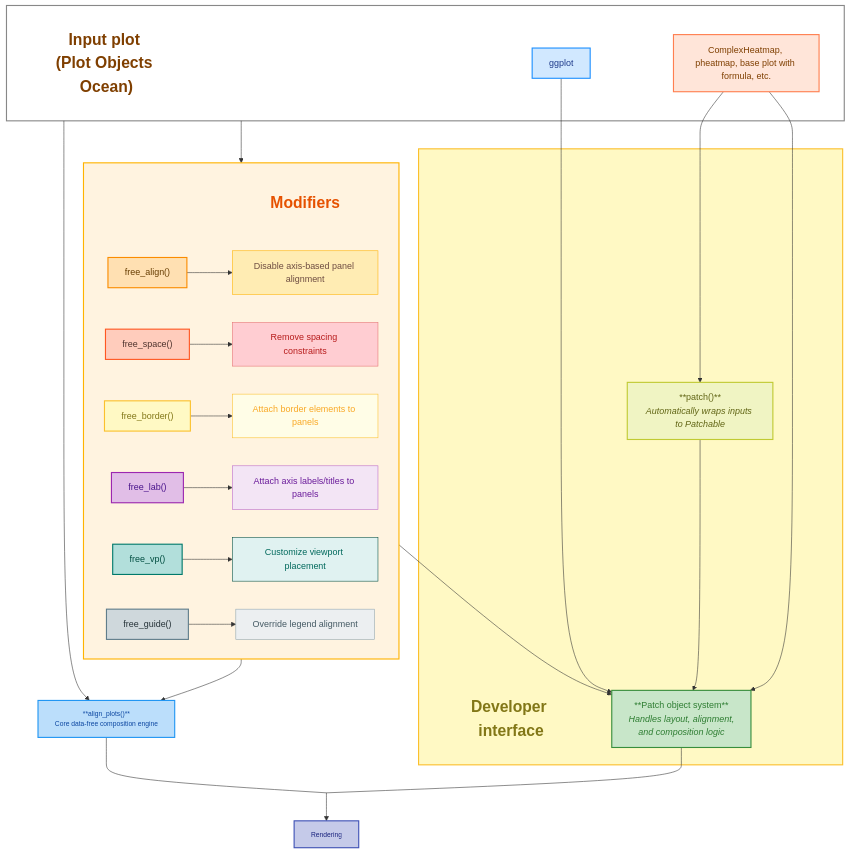
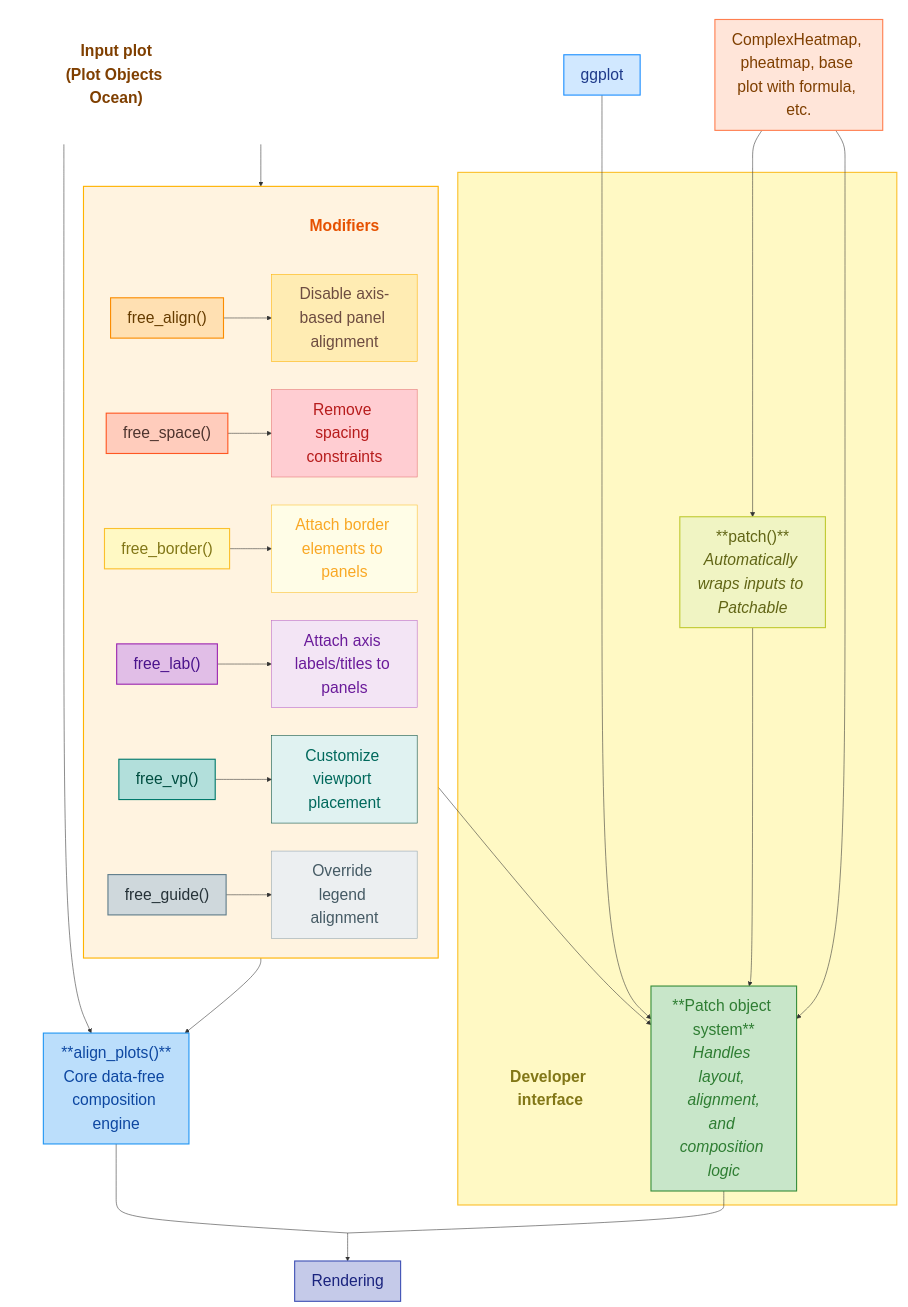
Before and after one commit to Yunuuuu/ggalign-book: the first of 2 diagrams in introduction.qmd, drawn with Mermaid.

Commit message:
larger text size

````diff
--- a/introduction.qmd
+++ b/introduction.qmd
@@ -81,7 +81,7 @@
 flowchart TD
     %% Input Objects subgraph with title node
     subgraph InputObjects[" "]
-        InputTitle["Input plot (Plot Objects Ocean)"]
+        InputTitle["Input plot<br>(Plot Objects Ocean)"]
         style InputTitle fill:none,stroke:none,color:#7F3F00,font-weight:bold,font-size:28px
         G["ggplot"]
         H["ComplexHeatmap, pheatmap, base plot with formula, etc."]
@@ -143,27 +143,27 @@
     classDef empty width:0px,height:0px
     class D empty
 
-    style G fill:#D1E8FF,stroke:#1E90FF,stroke-width:2px,color:#1E3A8A
-    style H fill:#FFE5D9,stroke:#FF7F50,stroke-width:2px,color:#7F3F00
-    style PatchFn fill:#F0F4C3,stroke:#C0CA33,stroke-width:2px,color:#616515
-    style Patch fill:#C8E6C9,stroke:#388E3C,stroke-width:2px,color:#2E7D32
-    style F1 fill:#FFE0B2,stroke:#FB8C00,stroke-width:2px,color:#663C00
-    style F1Desc fill:#FFECB3,stroke:#FFB300,stroke-width:1px,color:#6D4C41
-    style F2 fill:#FFCCBC,stroke:#FF5722,stroke-width:2px,color:#4E342E
-    style F2Desc fill:#FFCDD2,stroke:#E57373,stroke-width:1px,color:#B71C1C
-    style F3 fill:#FFF9C4,stroke:#FBC02D,stroke-width:2px,color:#827717
-    style F3Desc fill:#FFFDE7,stroke:#FBC02D,stroke-width:1px,color:#F9A825
-    style F4 fill:#E1BEE7,stroke:#9C27B0,stroke-width:2px,color:#4A148C
-    style F4Desc fill:#F3E5F5,stroke:#BA68C8,stroke-width:1px,color:#6A1B9A
-    style F5 fill:#B2DFDB,stroke:#00796B,stroke-width:2px,color:#004D40
-    style F5Desc fill:#E0F2F1,stroke:#004D40,stroke-width:1px,color:#00695C
-    style F6 fill:#CFD8DC,stroke:#607D8B,stroke-width:2px,color:#263238
-    style F6Desc fill:#ECEFF1,stroke:#90A4AE,stroke-width:1px,color:#455A64
+    style G fill:#D1E8FF,stroke:#1E90FF,stroke-width:2px,color:#1E3A8A,font-size:28px
+    style H fill:#FFE5D9,stroke:#FF7F50,stroke-width:2px,color:#7F3F00,font-size:28px
+    style PatchFn fill:#F0F4C3,stroke:#C0CA33,stroke-width:2px,color:#616515,font-size:28px
+    style Patch fill:#C8E6C9,stroke:#388E3C,stroke-width:2px,color:#2E7D32,font-size:28px
+    style F1 fill:#FFE0B2,stroke:#FB8C00,stroke-width:2px,color:#663C00,font-size:28px
+    style F1Desc fill:#FFECB3,stroke:#FFB300,stroke-width:1px,color:#6D4C41,font-size:28px
+    style F2 fill:#FFCCBC,stroke:#FF5722,stroke-width:2px,color:#4E342E,font-size:28px
+    style F2Desc fill:#FFCDD2,stroke:#E57373,stroke-width:1px,color:#B71C1C,font-size:28px
+    style F3 fill:#FFF9C4,stroke:#FBC02D,stroke-width:2px,color:#827717,font-size:28px
+    style F3Desc fill:#FFFDE7,stroke:#FBC02D,stroke-width:1px,color:#F9A825,font-size:28px
+    style F4 fill:#E1BEE7,stroke:#9C27B0,stroke-width:2px,color:#4A148C,font-size:28px
+    style F4Desc fill:#F3E5F5,stroke:#BA68C8,stroke-width:1px,color:#6A1B9A,font-size:28px
+    style F5 fill:#B2DFDB,stroke:#00796B,stroke-width:2px,color:#004D40,font-size:28px
+    style F5Desc fill:#E0F2F1,stroke:#004D40,stroke-width:1px,color:#00695C,font-size:28px
+    style F6 fill:#CFD8DC,stroke:#607D8B,stroke-width:2px,color:#263238,font-size:28px
+    style F6Desc fill:#ECEFF1,stroke:#90A4AE,stroke-width:1px,color:#455A64,font-size:28px
 
-    style InputObjects fill:none,stroke:#888888,stroke-width:2px
-    style Align fill:#BBDEFB,stroke:#2196F3,stroke-width:2px,color:#0D47A1,font-size:12px
-    style Modifiers fill:#FFF3E0,stroke:#FFB300,stroke-width:2px,color:#E65100,font-size:12px
-    style Render fill:#C5CAE9,stroke:#3F51B5,stroke-width:2px,color:#1A237E,font-size:12px
-    style Internal fill:#FFF9C4,stroke:#FBC02D,stroke-width:2px,color:#827717,font-size:12px
+    style InputObjects fill:none,stroke:#888888,stroke-width:0px
+    style Align fill:#BBDEFB,stroke:#2196F3,stroke-width:2px,color:#0D47A1,font-size:28px
+    style Modifiers fill:#FFF3E0,stroke:#FFB300,stroke-width:2px,color:#E65100,font-size:0px
+    style Render fill:#C5CAE9,stroke:#3F51B5,stroke-width:2px,color:#1A237E,font-size:28px
+    style Internal fill:#FFF9C4,stroke:#FBC02D,stroke-width:2px,color:#827717,font-size:0px
 
 ```
````
